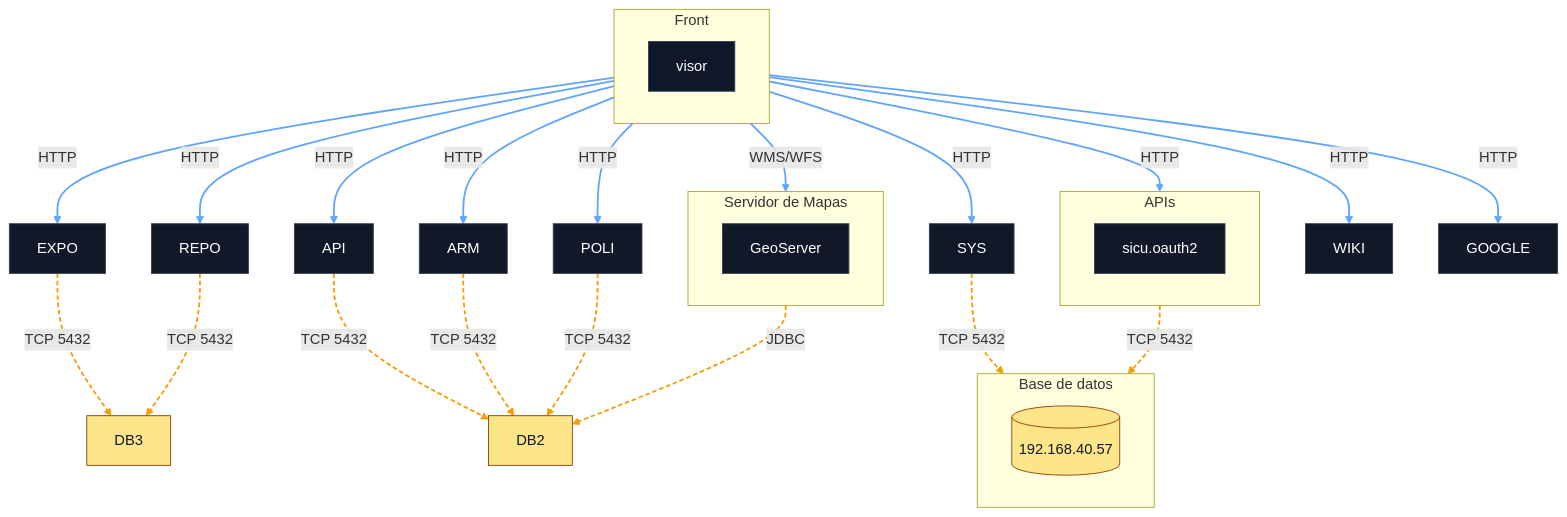
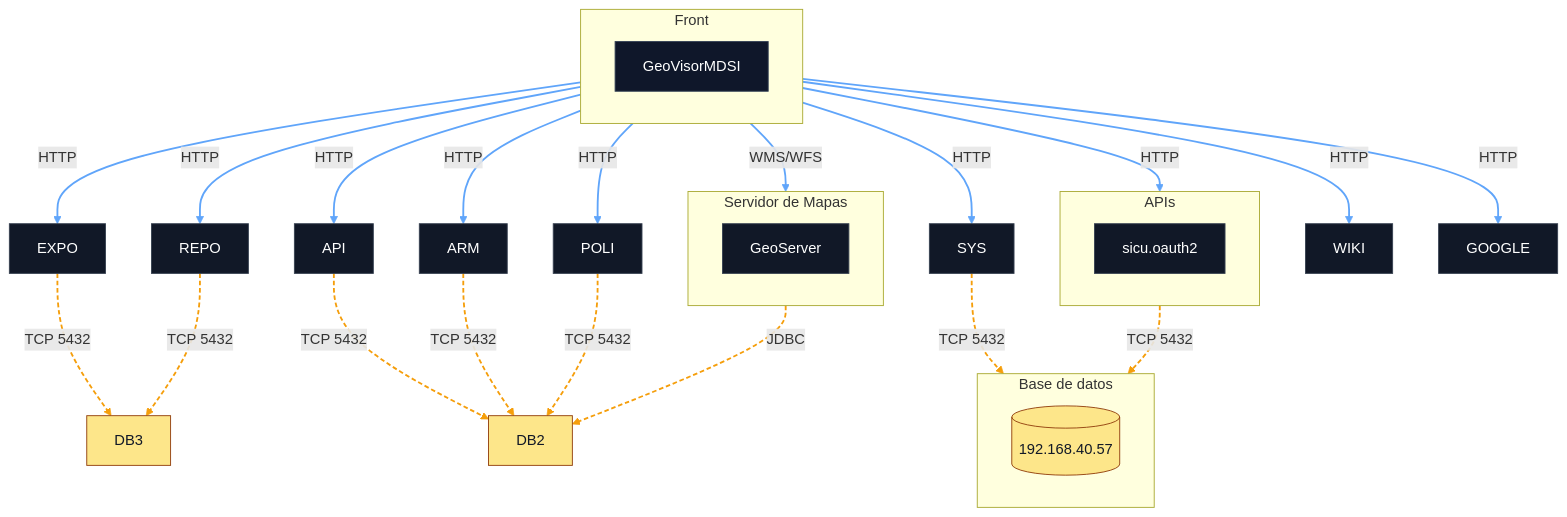
The diagram in README.md (mdsigeovisor/geovisormdsi), drawn with Mermaid before and after one commit.

````diff
--- a/README.md
+++ b/README.md
@@ -3,62 +3,62 @@
 ```mermaid
 flowchart TB
   %% =========================
   %% CAPAS
   %% =========================
   subgraph L1[Front]
     direction LR
-    FRONT[visor]
+    FRONT[GeoVisorMDSI]
   end
 
   subgraph L2[APIs]
     direction LR    
     AUTH[sicu.oauth2]    
   end
 
   subgraph L3[Base de datos]
     direction LR
     DB1[(192.168.40.57)]    
   end
   subgraph L4[Servidor de Mapas]
     direction LR
     GEOSERVER[GeoServer]    
   end
 
   %% =========================
   %% RELACIONES
   %% =========================
   FRONT -->|HTTP| EXPO
   FRONT -->|HTTP| REPO
   FRONT -->|HTTP| API
   FRONT -->|HTTP| SYS
   FRONT -->|HTTP| AUTH
   FRONT -->|HTTP| ARM
   FRONT -->|HTTP| POLI
   FRONT -->|WMS/WFS| GEOSERVER
   FRONT -->|HTTP| WIKI
   FRONT -->|HTTP| GOOGLE
   EXPO -.->|TCP 5432| DB3
   REPO -.->|TCP 5432| DB3
   API -.->|TCP 5432| DB2
   ARM -.->|TCP 5432| DB2
   POLI -.->|TCP 5432| DB2
   GEOSERVER -.->|JDBC| DB2
   SYS -.->|TCP 5432| DB1
   AUTH -.->|TCP 5432| DB1
 
   %% =========================
   %% ESTILOS
   %% =========================
   classDef front fill:#0f172a,stroke:#334155,stroke-width:1px,color:#fff;
   classDef service fill:#111827,stroke:#374151,stroke-width:1px,color:#fff;
   classDef db fill:#fde68a,stroke:#92400e,stroke-width:1px,color:#111827;
   classDef cloud fill:#e0f2fe,stroke:#0284c7,stroke-width:1px,color:#0f172a;
 
   class FRONT front;
   class API,SYS,ARM,AUTH,REPO,POLI,EXPO,WIKI,GOOGLE,GEOSERVER service;
   class DB1,DB2,DB3 db;
 
   %% (Opcional) estilo de links
   linkStyle 0,1,2,3,4,5,6,7,8,9 stroke:#60a5fa,stroke-width:2px;
   linkStyle 10,11,12,13,14,15,16,17 stroke:#f59e0b,stroke-width:2px,stroke-dasharray:5 3;
 ```
````
